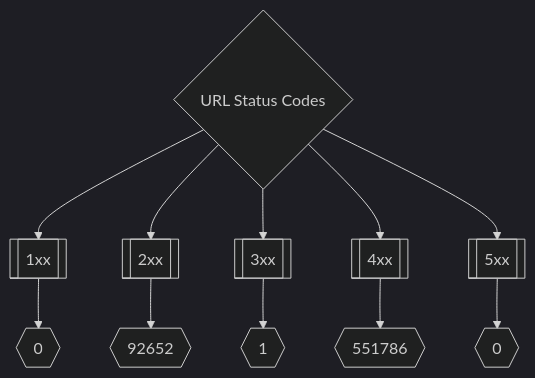
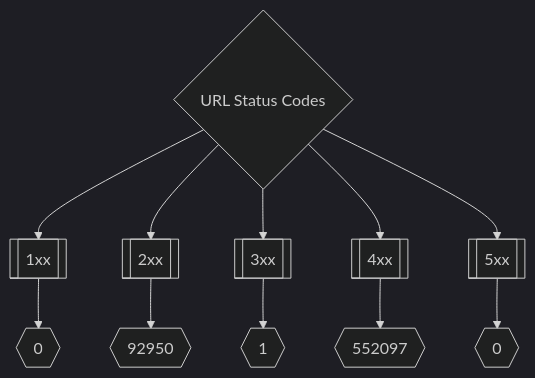
Before and after one commit to trickest/inventory: the second of 3 diagrams in README.md, drawn with Mermaid (dark theme). The commit also changed other lines of this file, not shown here.

````diff
--- a/README.md
+++ b/README.md
@@ -175,8 +175,8 @@
 ```mermaid
 graph TD
 title{URL Status Codes} --> 1xx[[1xx]] --> status1xxNum{{0}}
-title --> 2xx[[2xx]] --> status2xxNum{{92652}}
+title --> 2xx[[2xx]] --> status2xxNum{{92950}}
 title --> 3xx[[3xx]] --> status3xxNum{{1}}
-title --> 4xx[[4xx]] --> status4xxNum{{551786}}
+title --> 4xx[[4xx]] --> status4xxNum{{552097}}
 title --> 5xx[[5xx]] --> status5xxNum{{0}}
 ```
````
